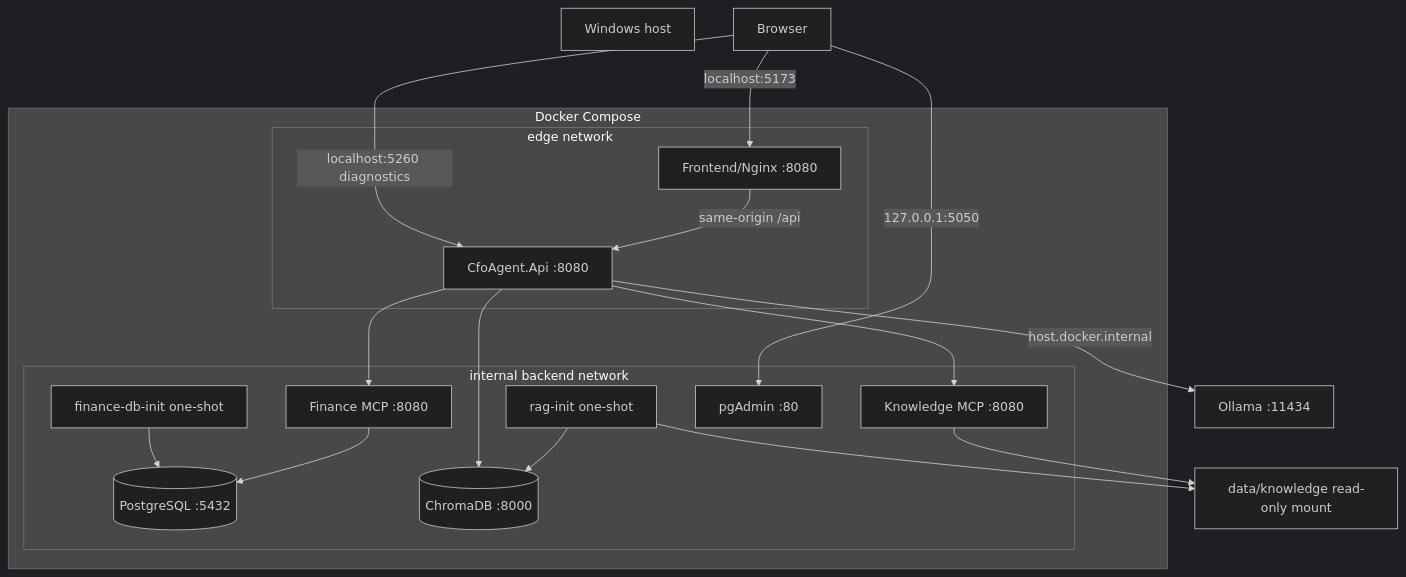
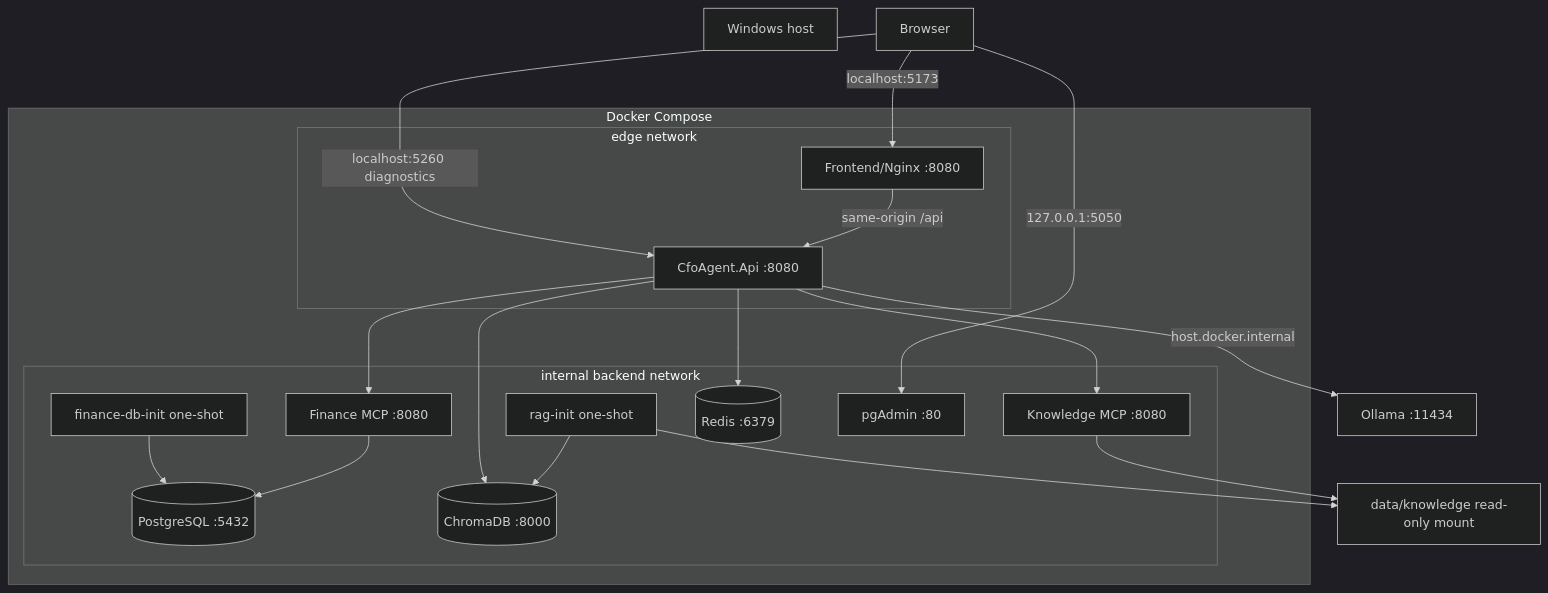
Before and after one commit to prabodharandima/ai_agent_cfo: diagram 14 of 14 in APPLICATION_ARCHITECTURE.md, drawn with Mermaid (dark theme). The commit also changed other lines of this file and 22 other files, not shown here.

````diff
--- a/APPLICATION_ARCHITECTURE.md
+++ b/APPLICATION_ARCHITECTURE.md
@@ -998,37 +1015,39 @@
 ```mermaid
 flowchart TB
     Host[Windows host]
     Browser[Browser]
     Ollama[Ollama :11434]
 
     subgraph Docker[Docker Compose]
         subgraph Edge[edge network]
             Frontend[Frontend/Nginx :8080]
             API[CfoAgent.Api :8080]
         end
 
         subgraph Backend[internal backend network]
             FinanceInit[finance-db-init one-shot]
             RagInit[rag-init one-shot]
             Finance[Finance MCP :8080]
             Knowledge[Knowledge MCP :8080]
             PG[(PostgreSQL :5432)]
             Chroma[(ChromaDB :8000)]
+            Redis[(Redis :6379)]
             PgAdmin[pgAdmin :80]
         end
     end
 
     Browser -->|localhost:5173| Frontend
     Browser -->|localhost:5260 diagnostics| API
     Browser -->|127.0.0.1:5050| PgAdmin
     Frontend -->|same-origin /api| API
     API --> Finance
+    API --> Redis
     API --> Knowledge
     API --> Chroma
     API -->|host.docker.internal| Ollama
     FinanceInit --> PG
     Finance --> PG
     RagInit --> Files
     RagInit --> Chroma
     Knowledge --> Files[data/knowledge read-only mount]
 ```
````
